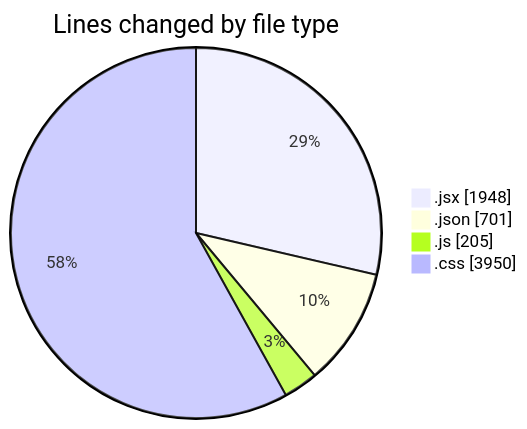
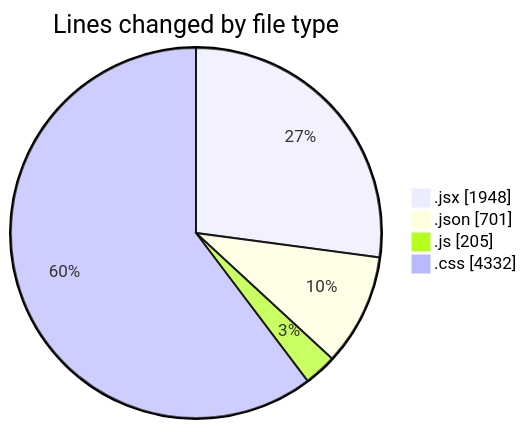
One commit to BS-eng2023/code-tracking changed the first of 2 diagrams in 2025-05-04/project/README.md. Above: the diagram before and after it, drawn with Mermaid. The commit also changed other lines of this file and 1 other file, not shown here.

````diff
--- a/2025-05-04/project/README.md
+++ b/2025-05-04/project/README.md
@@ -43,8 +43,8 @@
 ```mermaid
 pie showData
 title Lines changed by file type
 ".jsx" : 1948
 ".json" : 701
 ".js" : 205
-".css" : 3950
+".css" : 4332
 ```
````
